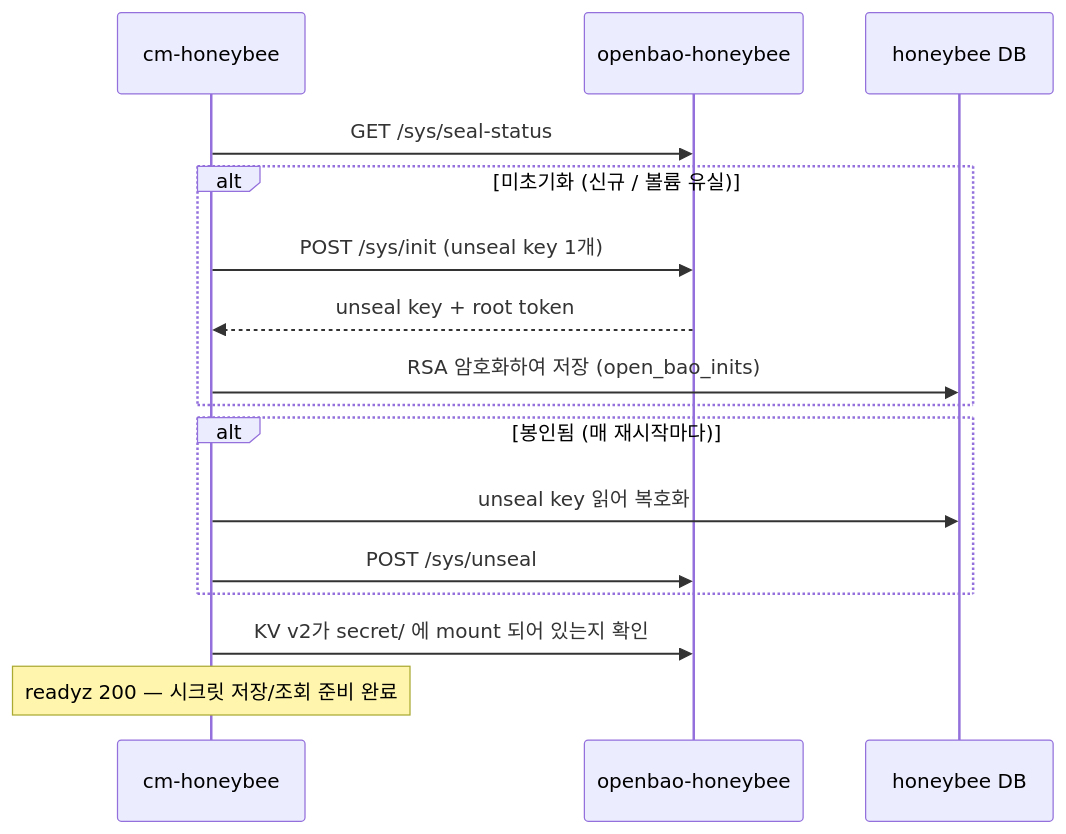
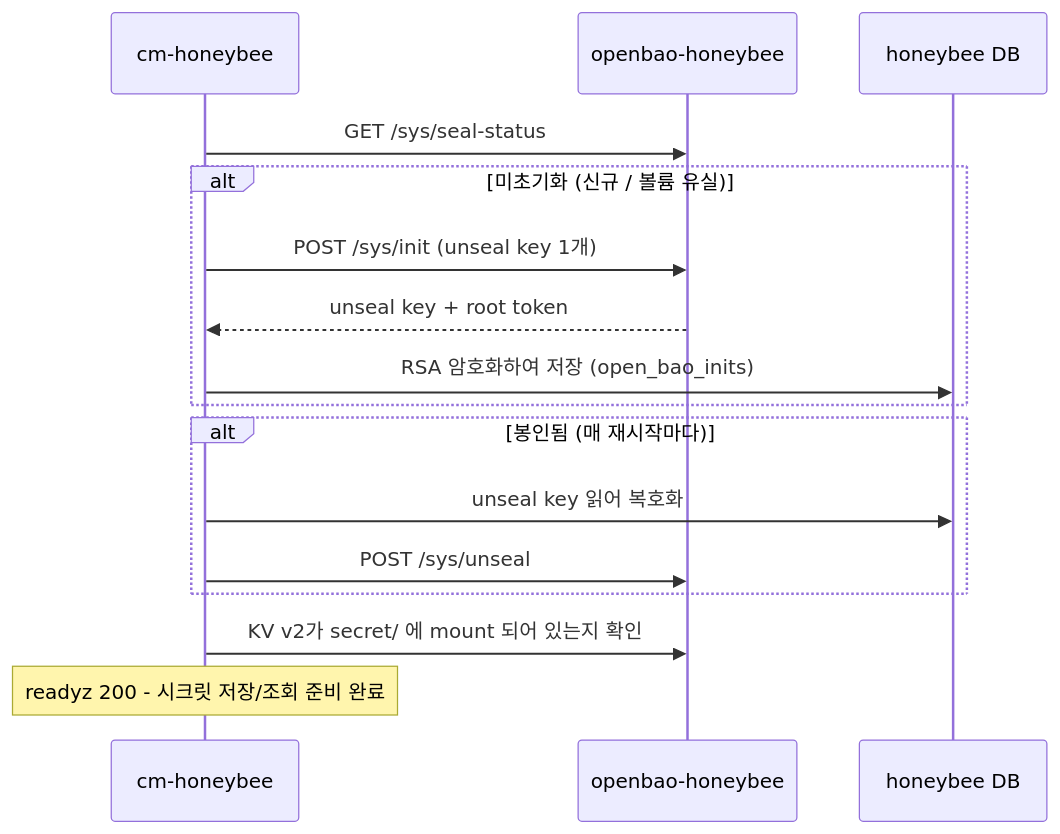
The diagram in docs/openbao.md (cloud-barista/cm-honeybee), drawn with Mermaid before and after one commit. The commit also changed other lines of this file and 18 other files, not shown here.

````diff
--- a/docs/openbao.md
+++ b/docs/openbao.md
@@ -30,18 +30,18 @@
 ```mermaid
 sequenceDiagram
   participant H as cm-honeybee
   participant O as openbao-honeybee
   participant DB as honeybee DB
   H->>O: GET /sys/seal-status
   alt 미초기화 (신규 / 볼륨 유실)
     H->>O: POST /sys/init (unseal key 1개)
     O-->>H: unseal key + root token
     H->>DB: RSA 암호화하여 저장 (open_bao_inits)
   end
   alt 봉인됨 (매 재시작마다)
     H->>DB: unseal key 읽어 복호화
     H->>O: POST /sys/unseal
   end
   H->>O: KV v2가 secret/ 에 mount 되어 있는지 확인
-  Note over H: readyz 200 — 시크릿 저장/조회 준비 완료
+  Note over H: readyz 200 - 시크릿 저장/조회 준비 완료
 ```
````
